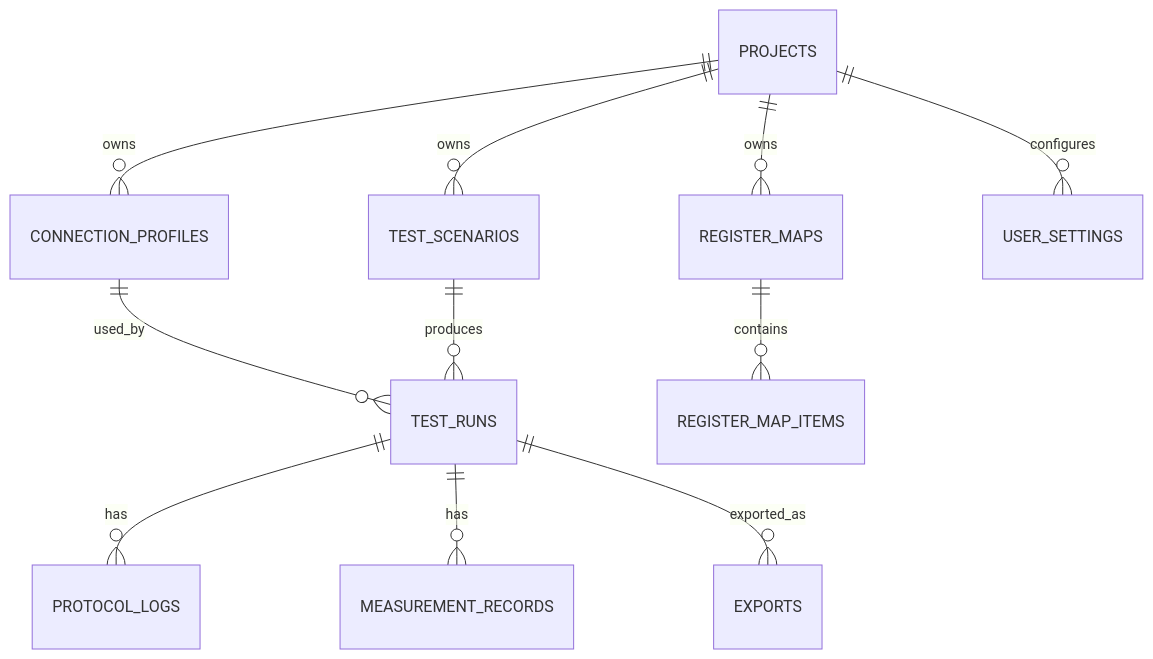
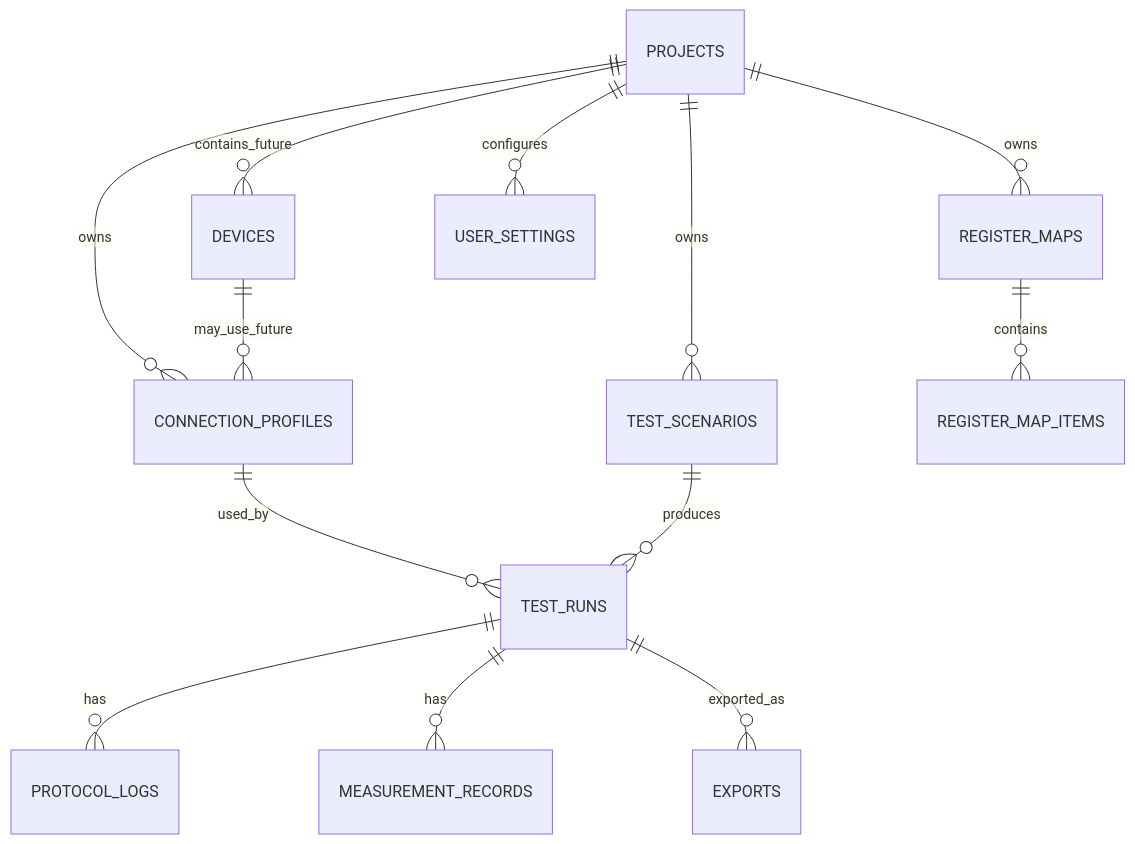
The first of 2 diagrams in docs/baseline/data-model.md (Hwara/aio-icpt), drawn with Mermaid before and after one commit. The commit also changed other lines of this file and 10 other files, not shown here.

````diff
--- a/docs/baseline/data-model.md
+++ b/docs/baseline/data-model.md
@@ -25,13 +25,15 @@
 ```mermaid
 erDiagram
   PROJECTS ||--o{ CONNECTION_PROFILES : owns
+  PROJECTS ||--o{ DEVICES : contains_future
+  DEVICES ||--o{ CONNECTION_PROFILES : may_use_future
   PROJECTS ||--o{ TEST_SCENARIOS : owns
   PROJECTS ||--o{ REGISTER_MAPS : owns
   CONNECTION_PROFILES ||--o{ TEST_RUNS : used_by
   TEST_SCENARIOS ||--o{ TEST_RUNS : produces
   TEST_RUNS ||--o{ PROTOCOL_LOGS : has
   TEST_RUNS ||--o{ MEASUREMENT_RECORDS : has
   REGISTER_MAPS ||--o{ REGISTER_MAP_ITEMS : contains
   TEST_RUNS ||--o{ EXPORTS : exported_as
   PROJECTS ||--o{ USER_SETTINGS : configures
 ```
````
